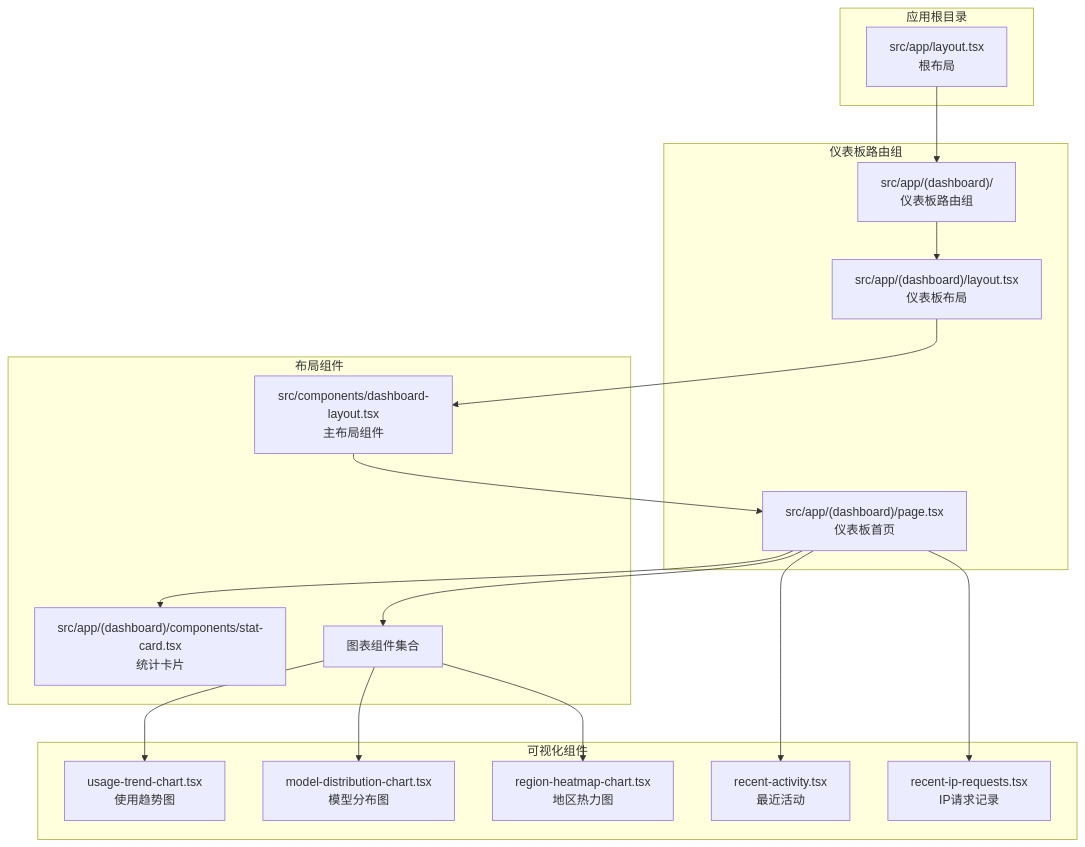
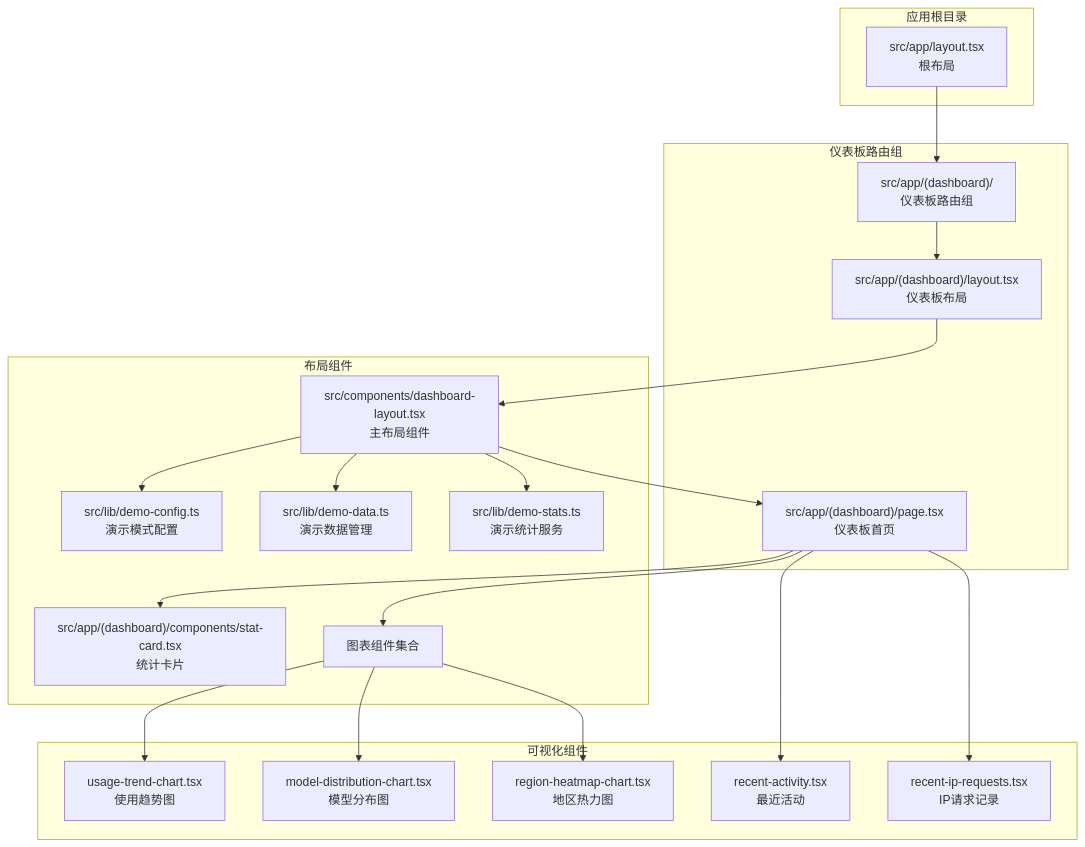
One commit to RadiumAg/AIGate changed the first of 15 diagrams in .qoder/repowiki/zh/content/前端组件/仪表板布局.md. Above: the diagram before and after it, drawn with Mermaid. The commit also changed other lines of this file and 11 other files, not shown here.

````diff
--- a/.qoder/repowiki/zh/content/前端组件/仪表板布局.md
+++ b/.qoder/repowiki/zh/content/前端组件/仪表板布局.md
@@ -60,34 +72,40 @@
 ```mermaid
 graph TB
 subgraph "应用根目录"
 RootLayout["src/app/layout.tsx<br/>根布局"]
 end
 subgraph "仪表板路由组"
 DashboardGroup["src/app/(dashboard)/<br/>仪表板路由组"]
 DashboardLayoutComp["src/app/(dashboard)/layout.tsx<br/>仪表板布局"]
 DashboardPage["src/app/(dashboard)/page.tsx<br/>仪表板首页"]
 end
 subgraph "布局组件"
 MainLayout["src/components/dashboard-layout.tsx<br/>主布局组件"]
 StatCard["src/app/(dashboard)/components/stat-card.tsx<br/>统计卡片"]
 Charts["图表组件集合"]
+DemoConfig["src/lib/demo-config.ts<br/>演示模式配置"]
+DemoData["src/lib/demo-data.ts<br/>演示数据管理"]
+DemoStats["src/lib/demo-stats.ts<br/>演示统计服务"]
 end
 subgraph "可视化组件"
 UsageChart["usage-trend-chart.tsx<br/>使用趋势图"]
 ModelChart["model-distribution-chart.tsx<br/>模型分布图"]
 RegionChart["region-heatmap-chart.tsx<br/>地区热力图"]
 Activity["recent-activity.tsx<br/>最近活动"]
 IpRequests["recent-ip-requests.tsx<br/>IP请求记录"]
 end
 RootLayout --> DashboardGroup
 DashboardGroup --> DashboardLayoutComp
 DashboardLayoutComp --> MainLayout
 MainLayout --> DashboardPage
 DashboardPage --> StatCard
 DashboardPage --> Charts
 Charts --> UsageChart
 Charts --> ModelChart
 Charts --> RegionChart
 DashboardPage --> Activity
 DashboardPage --> IpRequests
+MainLayout --> DemoConfig
+MainLayout --> DemoData
+MainLayout --> DemoStats
 ```
````
